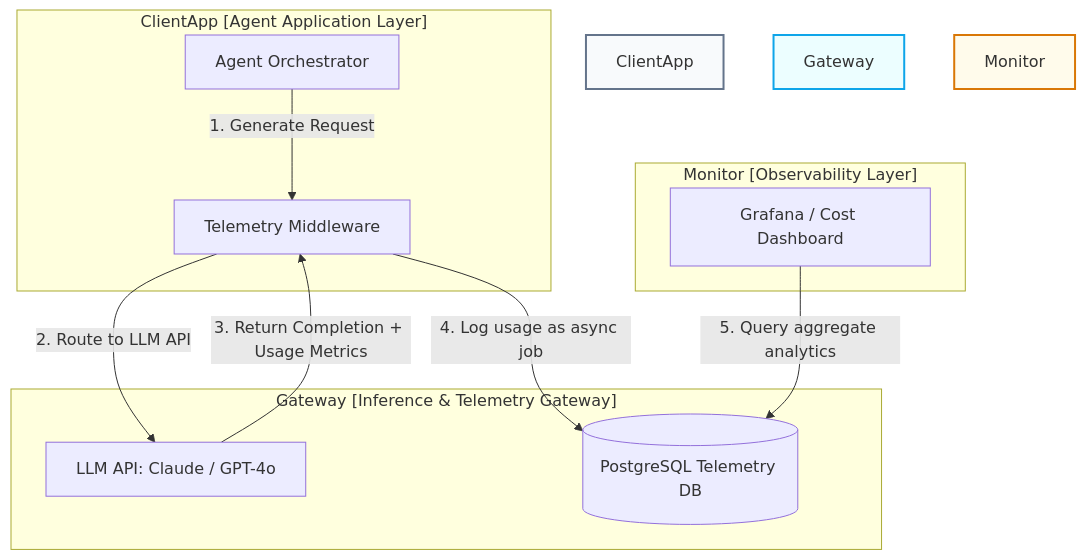
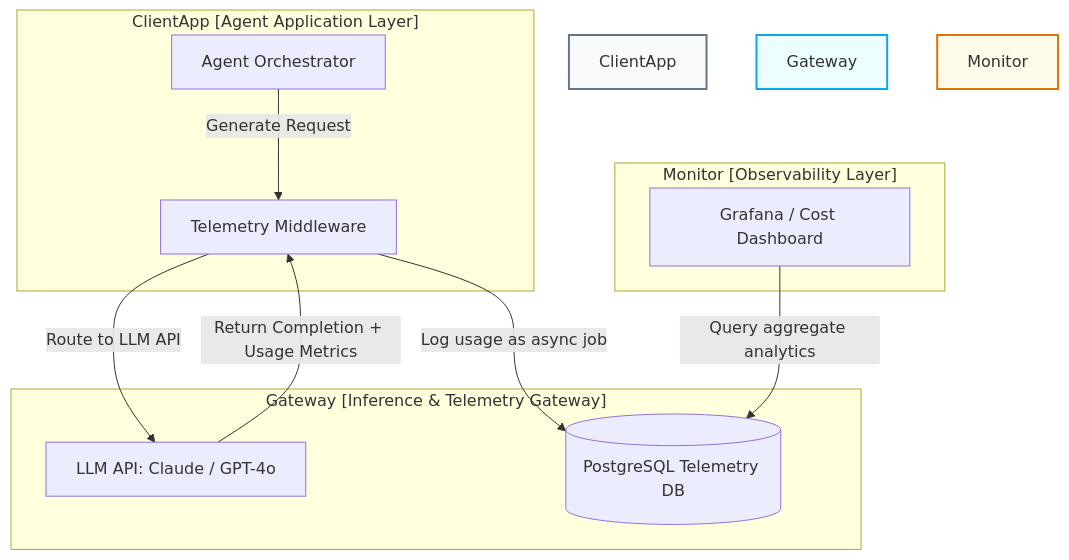
Before and after one commit to akmalkhaniub/akmalkhaniub.github.io: the diagram in blog/posts/token-economics-cost-latency-dashboards.md, drawn with Mermaid. The commit also changed 411 other files, not shown here.

````diff
--- a/blog/posts/token-economics-cost-latency-dashboards.md
+++ b/blog/posts/token-economics-cost-latency-dashboards.md
@@ -18,20 +18,20 @@
 ```mermaid
-graph TD
+flowchart TD
     subgraph SG1_ClientappAgentApplication ["ClientApp [Agent Application Layer]"]
-        Agent[Agent Orchestrator] -->|1. Generate Request| MW[Telemetry Middleware]
+        Agent[Agent Orchestrator] -->|Generate Request| MW[Telemetry Middleware]
     end
 
     subgraph SG2_GatewayInferenceTelemetry ["Gateway [Inference & Telemetry Gateway]"]
-        MW -->|2. Route to LLM API| LLM[LLM API: Claude / GPT-4o]
-        LLM -->|3. Return Completion + Usage Metrics| MW
-        MW -->|4. Log usage as async job| DB[(PostgreSQL Telemetry DB)]
+        MW -->|Route to LLM API| LLM[LLM API: Claude / GPT-4o]
+        LLM -->|Return Completion + Usage Metrics| MW
+        MW -->|Log usage as async job| DB[(PostgreSQL Telemetry DB)]
     end
 
     subgraph SG3_MonitorObservabilityLayer ["Monitor [Observability Layer]"]
-        Dash[Grafana / Cost Dashboard] -->|5. Query aggregate analytics| DB
+        Dash[Grafana / Cost Dashboard] -->|Query aggregate analytics| DB
     end
 
     style ClientApp fill:#f8fafc,stroke:#64748b,stroke-width:2px
     style Gateway fill:#ecfeff,stroke:#0ea5e9,stroke-width:2px
     style Monitor fill:#fffbeb,stroke:#d97706,stroke-width:2px
 ```
````
